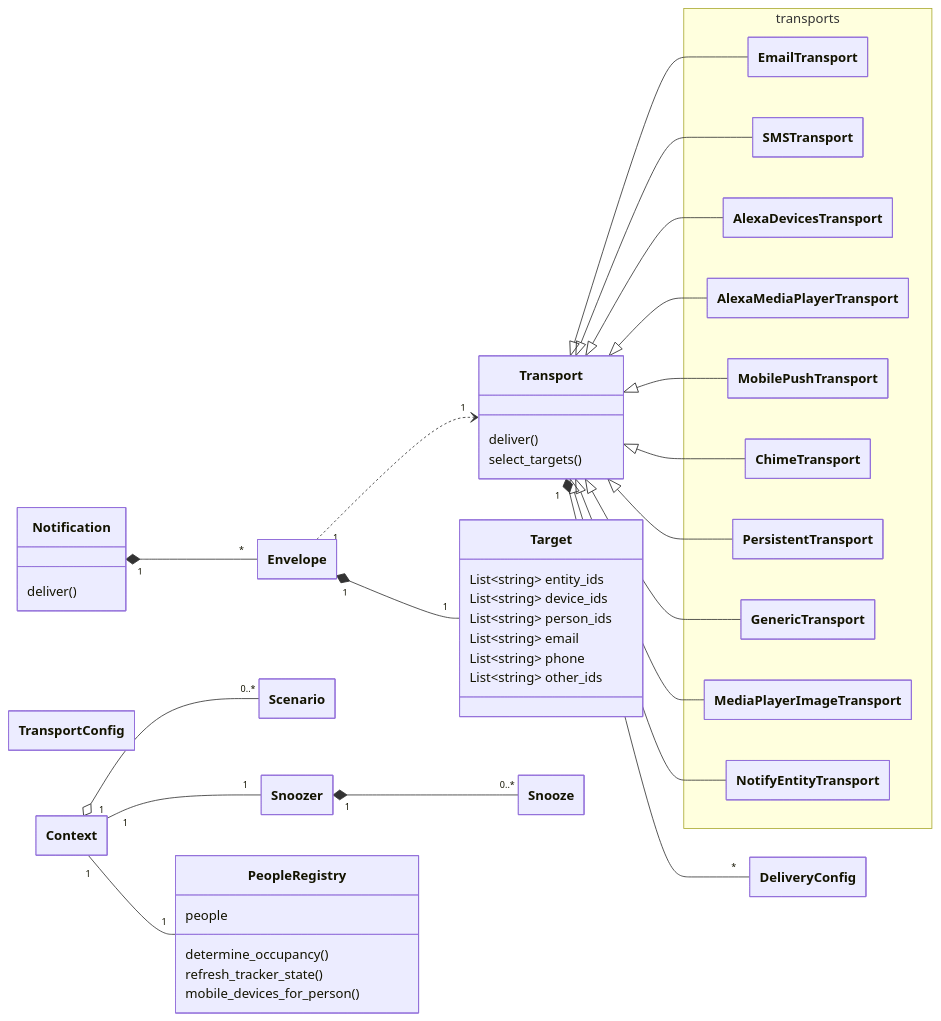
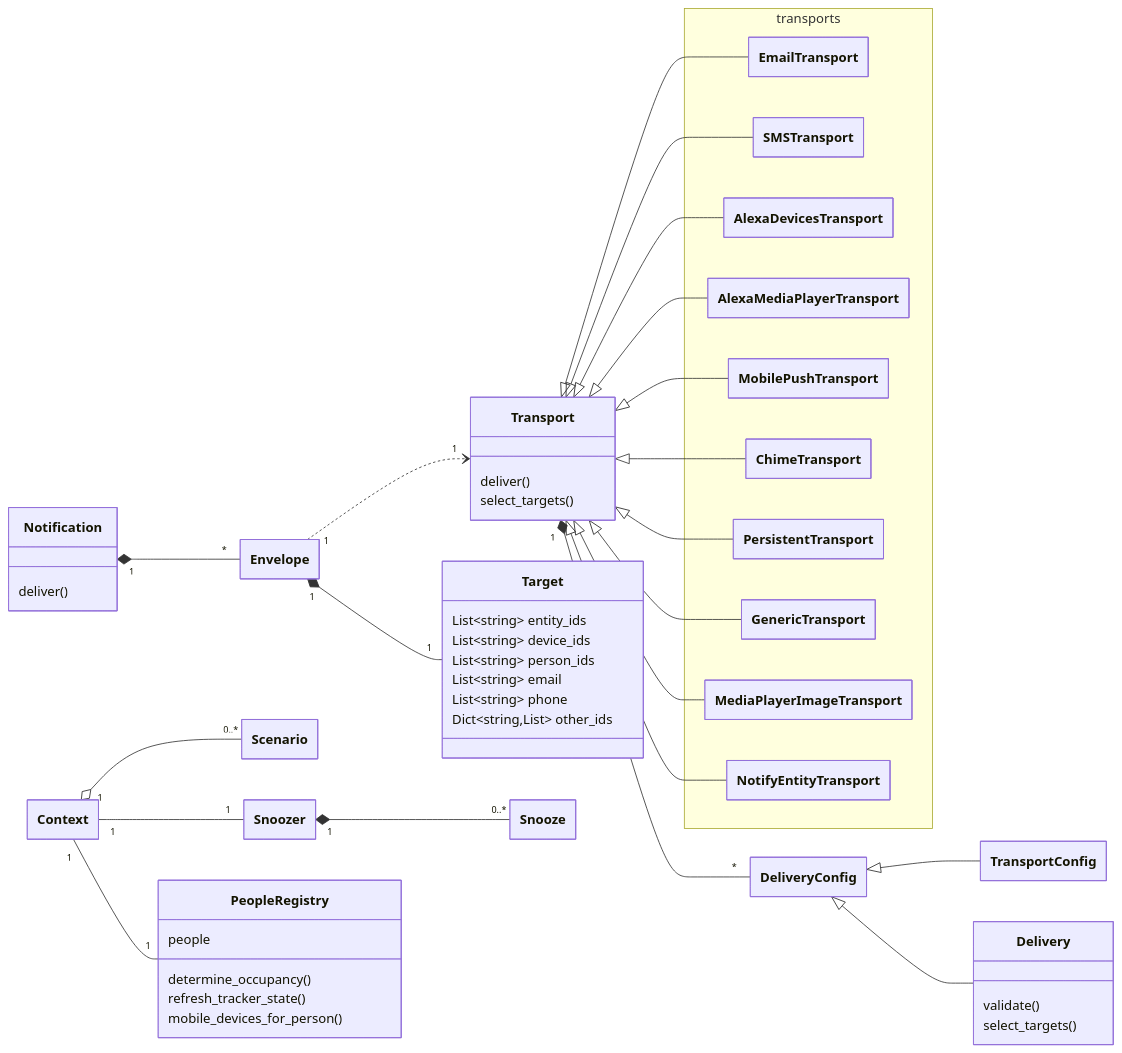
The diagram in docs/developer/class_diagram.md (rhizomatics/supernotify), drawn with Mermaid before and after one commit. The commit also changed 38 other files, not shown here.

````diff
--- a/docs/developer/class_diagram.md
+++ b/docs/developer/class_diagram.md
@@ -3,75 +3,81 @@
 ```mermaid
 ---
   config:
     class:
       hideEmptyMembersBox: true
 ---
 classDiagram
 direction LR
     class Notification {
          deliver()
     }
     class Envelope {
     }
     class Transport {
         deliver()
         select_targets()
     }
     class TransportConfig {
     }
     class Target {
         List~string~ entity_ids
         List~string~ device_ids
         List~string~ person_ids
         List~string~ email
         List~string~ phone
-        List~string~ other_ids
+        Dict~string,List~ other_ids
+    }
+    class Delivery{
+        validate()
+        select_targets()
     }
     class DeliveryConfig {
     }
     class Context {
     }
     class Scenario {
     }
     class Snoozer {
     }
     class Snooze {
     }
     class PeopleRegistry {
         people
         determine_occupancy()
         refresh_tracker_state()
         mobile_devices_for_person()
     }
     namespace transports {
         class EmailTransport{}
         class SMSTransport{}
         class AlexaDevicesTransport{}
         class AlexaMediaPlayerTransport{}
         class MobilePushTransport{}
         class ChimeTransport{}
         class PersistentTransport{}
         class GenericTransport{}
         class MediaPlayerImageTransport{}
         class NotifyEntityTransport{}
     }
 
     Notification "1" *-- "*" Envelope
     Envelope "1" ..> "1" Transport
     Envelope "1" *-- "1" Target
     Transport "1" *-- "*" DeliveryConfig
     Context "1" o-- "0..*" Scenario
     Snoozer "1" *-- "0..*" Snooze
     Context "1" -- "1" Snoozer
     Context "1" -- "1" PeopleRegistry
+    DeliveryConfig <|-- TransportConfig
+    DeliveryConfig <|-- Delivery
     Transport <|--  EmailTransport
     Transport <|--  SMSTransport
     Transport <|--  AlexaDevicesTransport
     Transport <|--  AlexaMediaPlayerTransport
     Transport <|--  MobilePushTransport
     Transport <|--  ChimeTransport
     Transport <|--  PersistentTransport
     Transport <|--  GenericTransport
     Transport <|--  MediaPlayerImageTransport
     Transport <|--  NotifyEntityTransport
 ```
````
